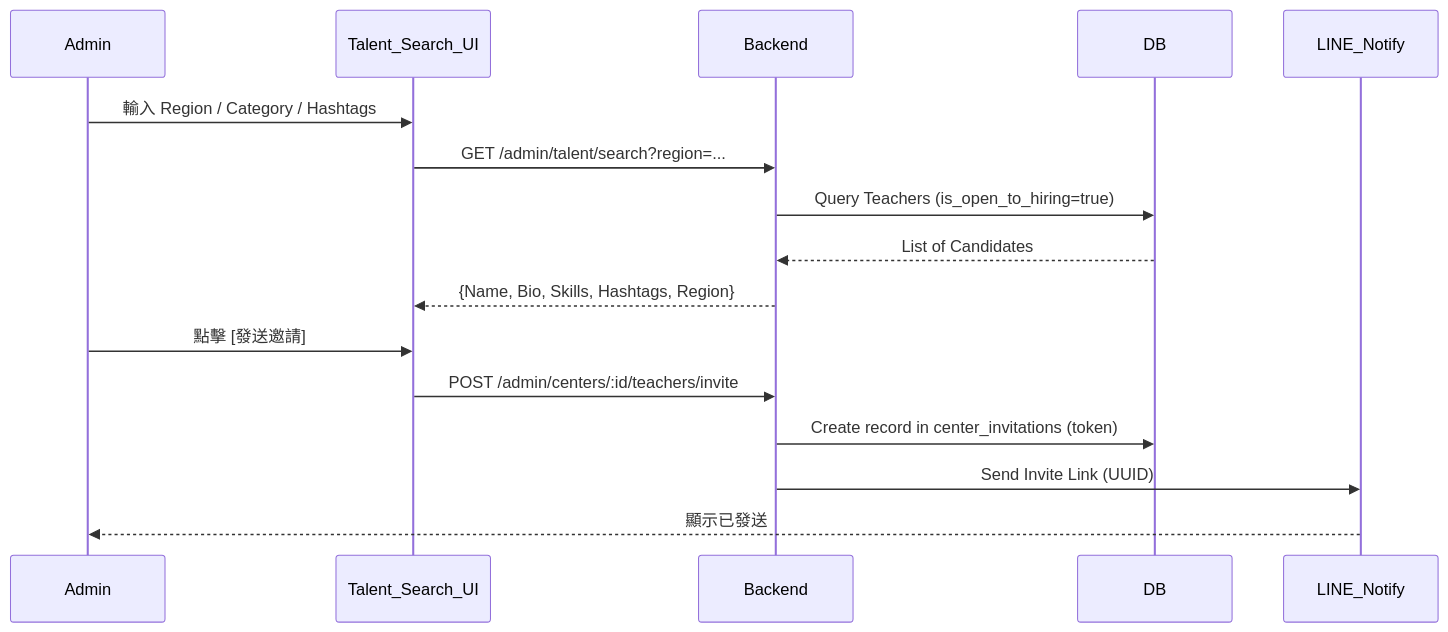
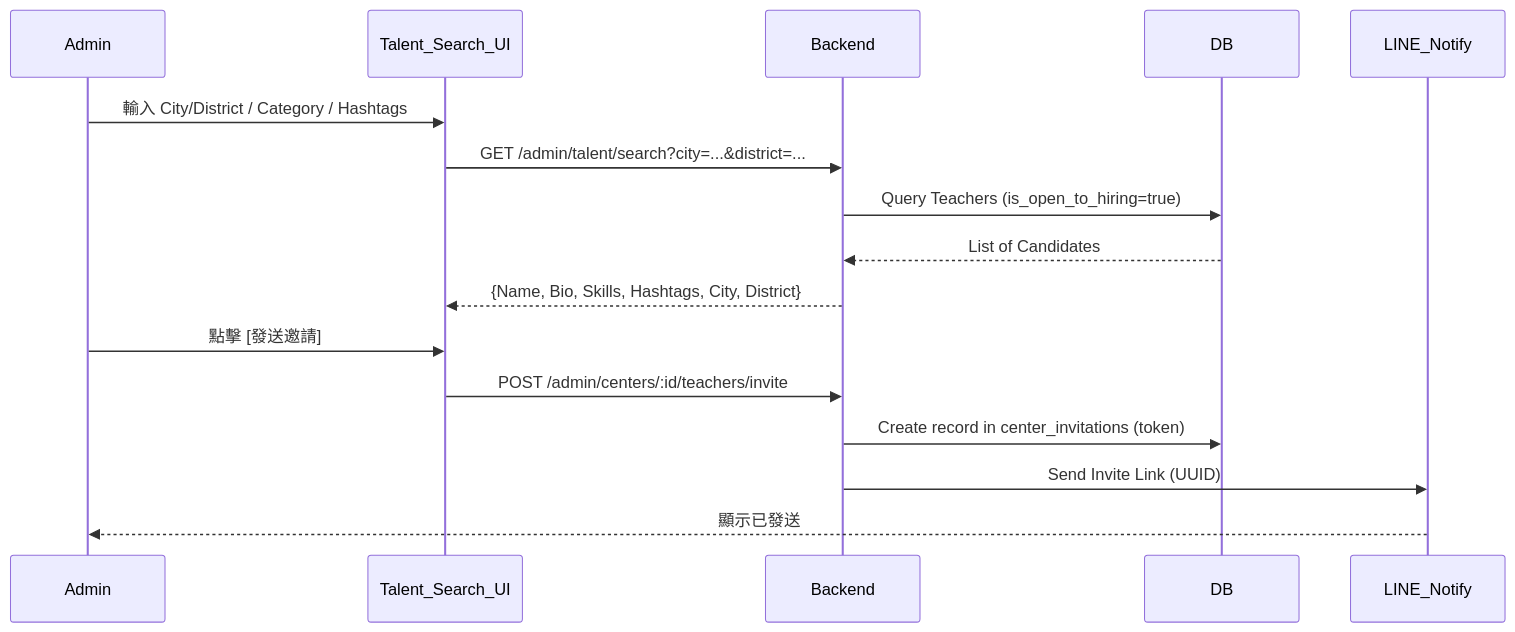
One commit to riyunstudio/TimeLedger changed the third of 4 diagrams in pdr/流程與權限控管.md. Above: the diagram before and after it, drawn with Mermaid. The commit also changed other lines of this file and 12 other files, not shown here.

````diff
--- a/pdr/流程與權限控管.md
+++ b/pdr/流程與權限控管.md
@@ -73,20 +73,20 @@
 ```mermaid
 sequenceDiagram
     participant Admin
     participant Talent_Search_UI
     participant Backend
     participant DB
     participant LINE_Notify
 
-    Admin->>Talent_Search_UI: 輸入 Region / Category / Hashtags
-    Talent_Search_UI->>Backend: GET /admin/talent/search?region=...
+    Admin->>Talent_Search_UI: 輸入 City/District / Category / Hashtags
+    Talent_Search_UI->>Backend: GET /admin/talent/search?city=...&district=...
     Backend->>DB: Query Teachers (is_open_to_hiring=true)
     DB-->>Backend: List of Candidates
-    Backend-->>Talent_Search_UI: {Name, Bio, Skills, Hashtags, Region}
+    Backend-->>Talent_Search_UI: {Name, Bio, Skills, Hashtags, City, District}
     
     Admin->>Talent_Search_UI: 點擊 [發送邀請]
     Talent_Search_UI->>Backend: POST /admin/centers/:id/teachers/invite
     Backend->>DB: Create record in center_invitations (token)
     Backend->>LINE_Notify: Send Invite Link (UUID)
     LINE_Notify-->>Admin: 顯示已發送
 ```
````
